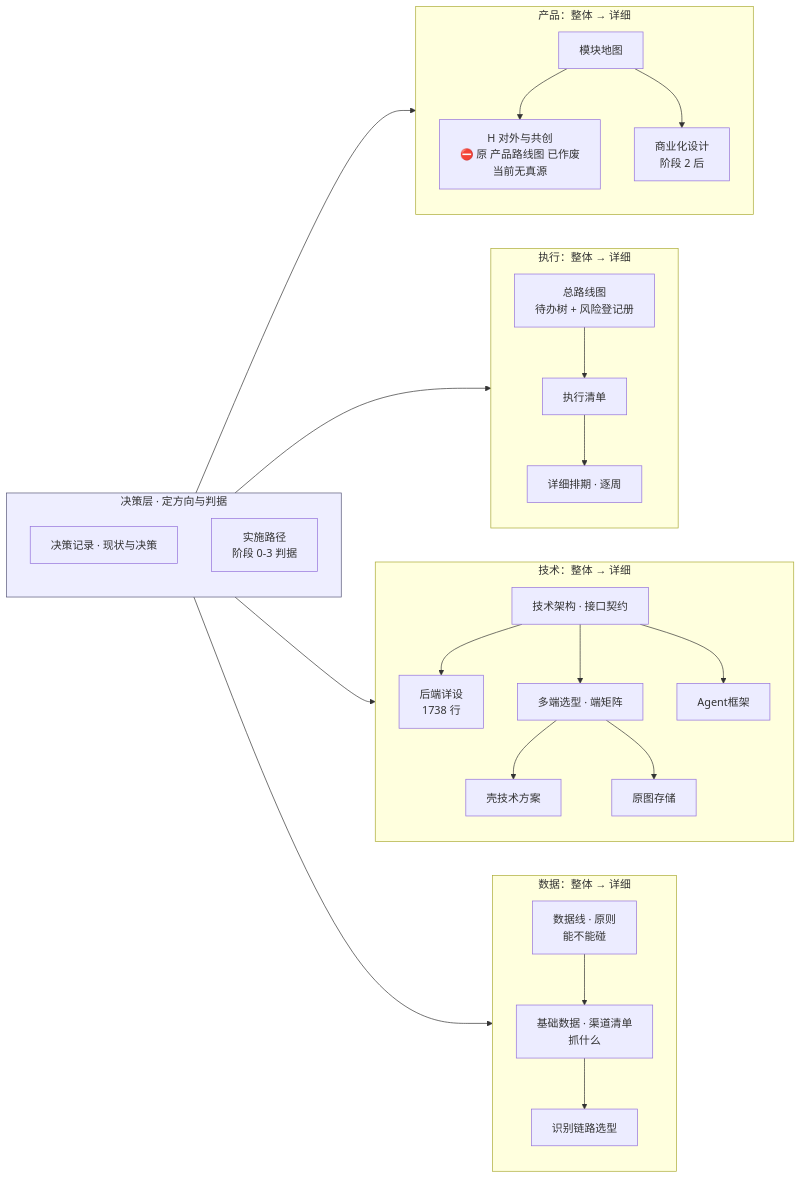
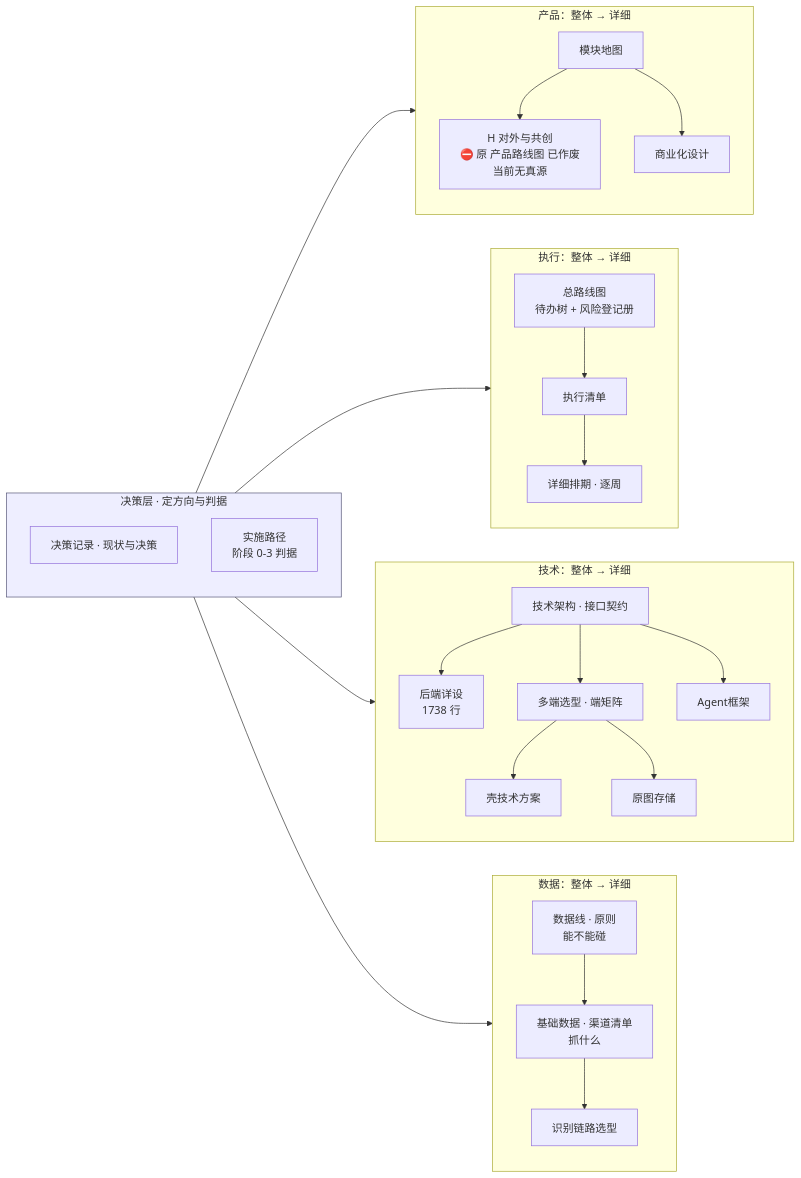
Before and after one commit to chenyuanjin/kubic: the diagram in docs/INDEX.md, drawn with Mermaid. The commit also changed other lines of this file and 29 other files, not shown here.

````diff
--- a/docs/INDEX.md
+++ b/docs/INDEX.md
@@ -169,37 +168,37 @@
 ```mermaid
 flowchart LR
     subgraph 决策["决策层 · 定方向与判据"]
         A1["决策记录 · 现状与决策"]
         A2["实施路径<br/>阶段 0-3 判据"]
     end
 
     subgraph 产品["产品：整体 → 详细"]
         B1["模块地图"] --> B2["H 对外与共创<br/>⛔ 原 产品路线图 已作废<br/>当前无真源"]
-        B1 --> B3["商业化设计<br/>阶段 2 后"]
+        B1 --> B3["商业化设计"]
     end
 
     subgraph 执行["执行：整体 → 详细"]
         C1["总路线图<br/>待办树 + 风险登记册"] --> C2["执行清单"]
         C2 --> C3["详细排期 · 逐周"]
     end
 
     subgraph 技术["技术：整体 → 详细"]
         D1["技术架构 · 接口契约"] --> D2["后端详设<br/>1738 行"]
         D1 --> D3["多端选型 · 端矩阵"]
         D3 --> D4["壳技术方案"]
         D3 --> D5["原图存储"]
         D1 --> D6["Agent框架"]
     end
 
     subgraph 数据["数据：整体 → 详细"]
         E1["数据线 · 原则<br/>能不能碰"] --> E2["基础数据 · 渠道清单<br/>抓什么"]
         E2 --> E3["识别链路选型"]
     end
 
     决策 --> 产品
     决策 --> 执行
     决策 --> 技术
     决策 --> 数据
 
     style 决策 fill:#eef,stroke:#557
 ```
````
